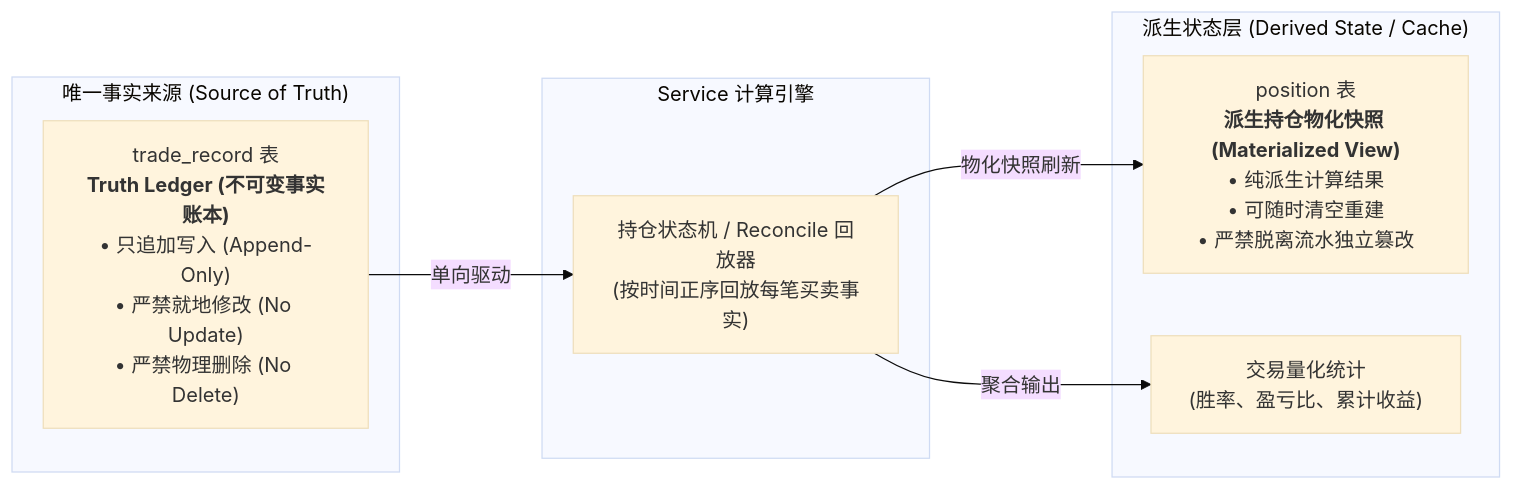
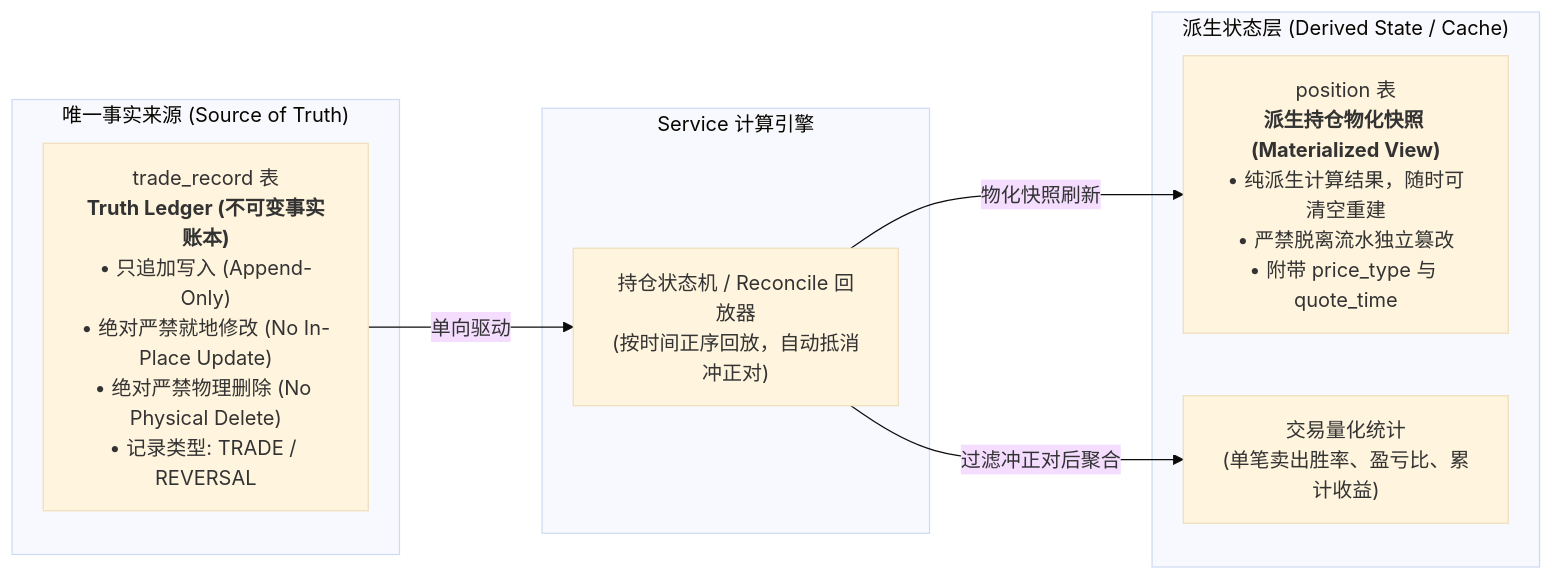
Before and after one commit to siyuwha/zhijian: the first of 4 diagrams in 开发文档/20-G1-M3交易记录与持仓管理技术设计单.md, drawn with Mermaid (base theme). The commit also changed other lines of this file, not shown here.

````diff
--- a/开发文档/20-G1-M3交易记录与持仓管理技术设计单.md
+++ b/开发文档/20-G1-M3交易记录与持仓管理技术设计单.md
@@ -83,19 +84,19 @@
 ```mermaid
 flowchart LR
     subgraph SOT ["唯一事实来源 (Source of Truth)"]
-        TL["trade_record 表<br/><b>Truth Ledger (不可变事实账本)</b><br/>• 只追加写入 (Append-Only)<br/>• 严禁就地修改 (No Update)<br/>• 严禁物理删除 (No Delete)"]
+        TL["trade_record 表<br/><b>Truth Ledger (不可变事实账本)</b><br/>• 只追加写入 (Append-Only)<br/>• 绝对严禁就地修改 (No In-Place Update)<br/>• 绝对严禁物理删除 (No Physical Delete)<br/>• 记录类型: TRADE / REVERSAL"]
     end
 
     subgraph ENGINE ["Service 计算引擎"]
-        REPLAY["持仓状态机 / Reconcile 回放器<br/>(按时间正序回放每笔买卖事实)"]
+        REPLAY["持仓状态机 / Reconcile 回放器<br/>(按时间正序回放，自动抵消冲正对)"]
     end
 
     subgraph DERIVED ["派生状态层 (Derived State / Cache)"]
-        POS["position 表<br/><b>派生持仓物化快照 (Materialized View)</b><br/>• 纯派生计算结果<br/>• 可随时清空重建<br/>• 严禁脱离流水独立篡改"]
-        STAT["交易量化统计<br/>(胜率、盈亏比、累计收益)"]
+        POS["position 表<br/><b>派生持仓物化快照 (Materialized View)</b><br/>• 纯派生计算结果，随时可清空重建<br/>• 严禁脱离流水独立篡改<br/>• 附带 price_type 与 quote_time"]
+        STAT["交易量化统计<br/>(单笔卖出胜率、盈亏比、累计收益)"]
     end
 
     TL -->|单向驱动| REPLAY
     REPLAY -->|物化快照刷新| POS
-    REPLAY -->|聚合输出| STAT
+    REPLAY -->|过滤冲正对后聚合| STAT
 ```
````
